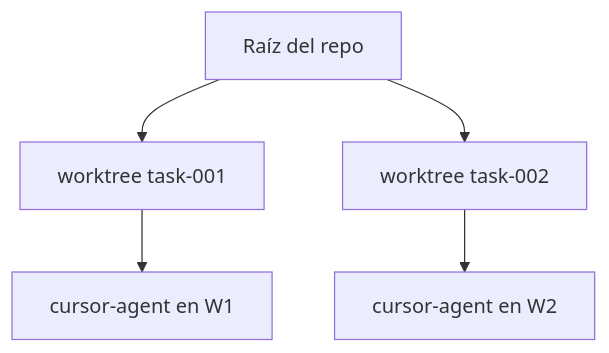
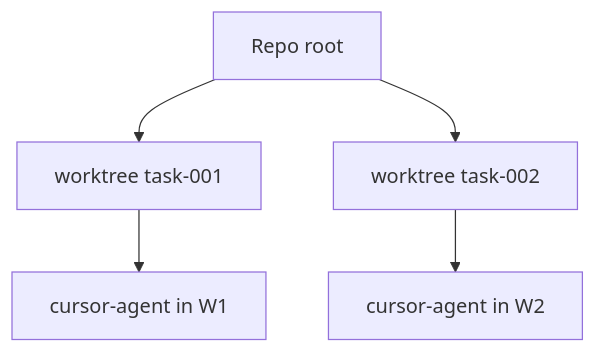
The diagram in docs-site/content/docs/es/reliability/worktree-isolation.mdx (LaProgrammerie/asagiri), drawn with Mermaid before and after one commit. The commit also changed other lines of this file and 148 other files, not shown here.

````diff
--- a/docs-site/content/docs/es/reliability/worktree-isolation.mdx
+++ b/docs-site/content/docs/es/reliability/worktree-isolation.mdx
@@ -26,7 +30,7 @@
 ```mermaid
 flowchart TB
-  R[Raíz del repo] --> W1[worktree task-001]
+  R[Repo root] --> W1[worktree task-001]
   R --> W2[worktree task-002]
-  W1 --> A1[cursor-agent en W1]
-  W2 --> A2[cursor-agent en W2]
+  W1 --> A1[cursor-agent in W1]
+  W2 --> A2[cursor-agent in W2]
 ```
````
